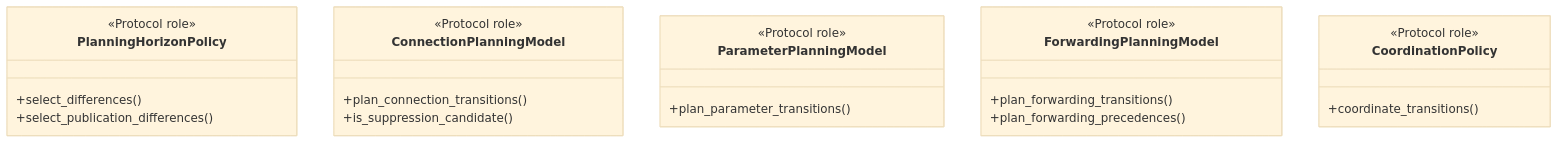
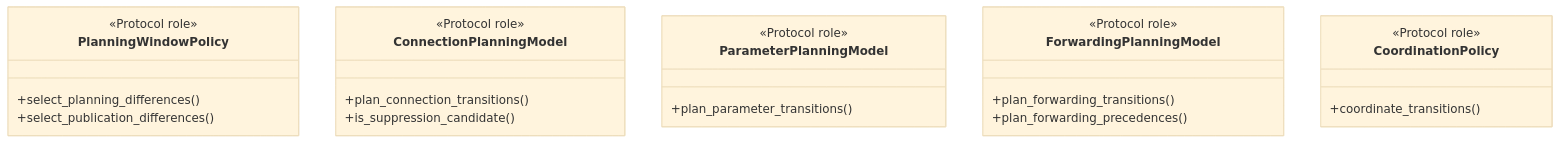
One commit to seed-labs/skyseed changed the tenth of 12 diagrams in skyseed_v2/src/skyseed_v2/simulator/planning/README.md. Above: the diagram before and after it, drawn with Mermaid (base theme). The commit also changed other lines of this file and 145 other files, not shown here.

````diff
--- a/skyseed_v2/src/skyseed_v2/simulator/planning/README.md
+++ b/skyseed_v2/src/skyseed_v2/simulator/planning/README.md
@@ -197,26 +197,26 @@
 ```mermaid
 classDiagram
-    class PlanningHorizonPolicy {
+    class PlanningWindowPolicy {
         <<Protocol role>>
-        +select_differences()
+        +select_planning_differences()
         +select_publication_differences()
     }
     class ConnectionPlanningModel {
         <<Protocol role>>
         +plan_connection_transitions()
         +is_suppression_candidate()
     }
     class ParameterPlanningModel {
         <<Protocol role>>
         +plan_parameter_transitions()
     }
     class ForwardingPlanningModel {
         <<Protocol role>>
         +plan_forwarding_transitions()
         +plan_forwarding_precedences()
     }
     class CoordinationPolicy {
         <<Protocol role>>
         +coordinate_transitions()
     }
 ```
````
